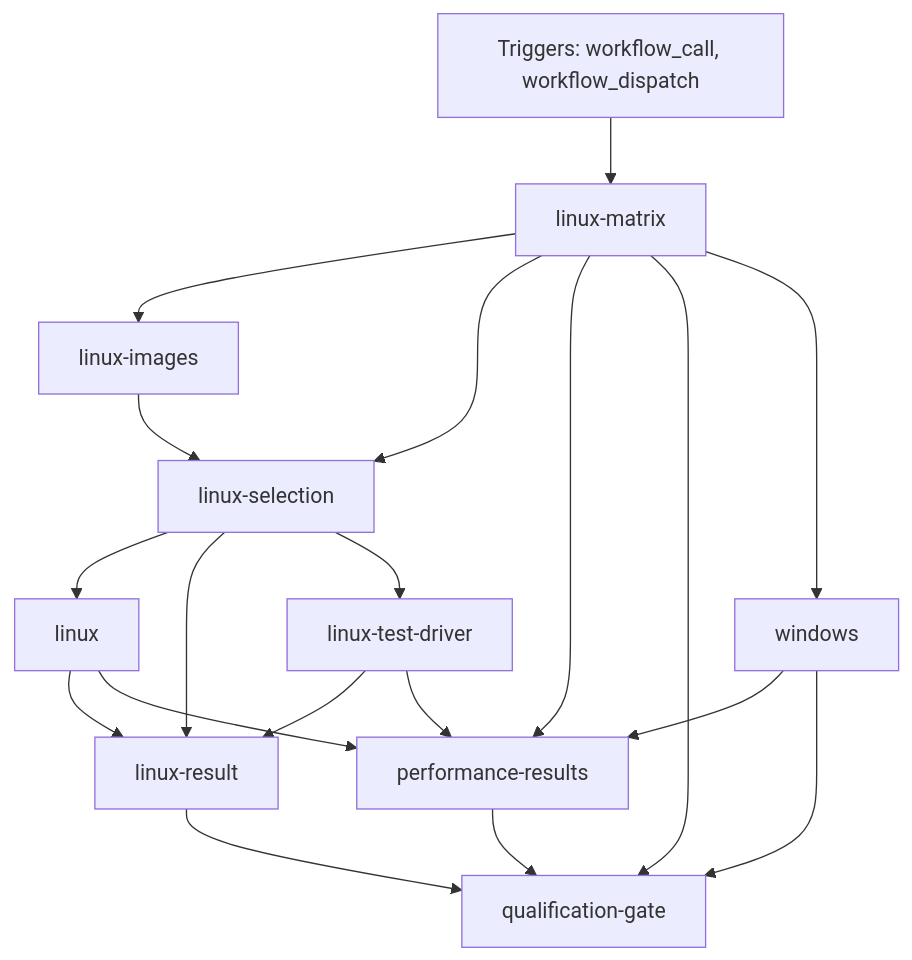
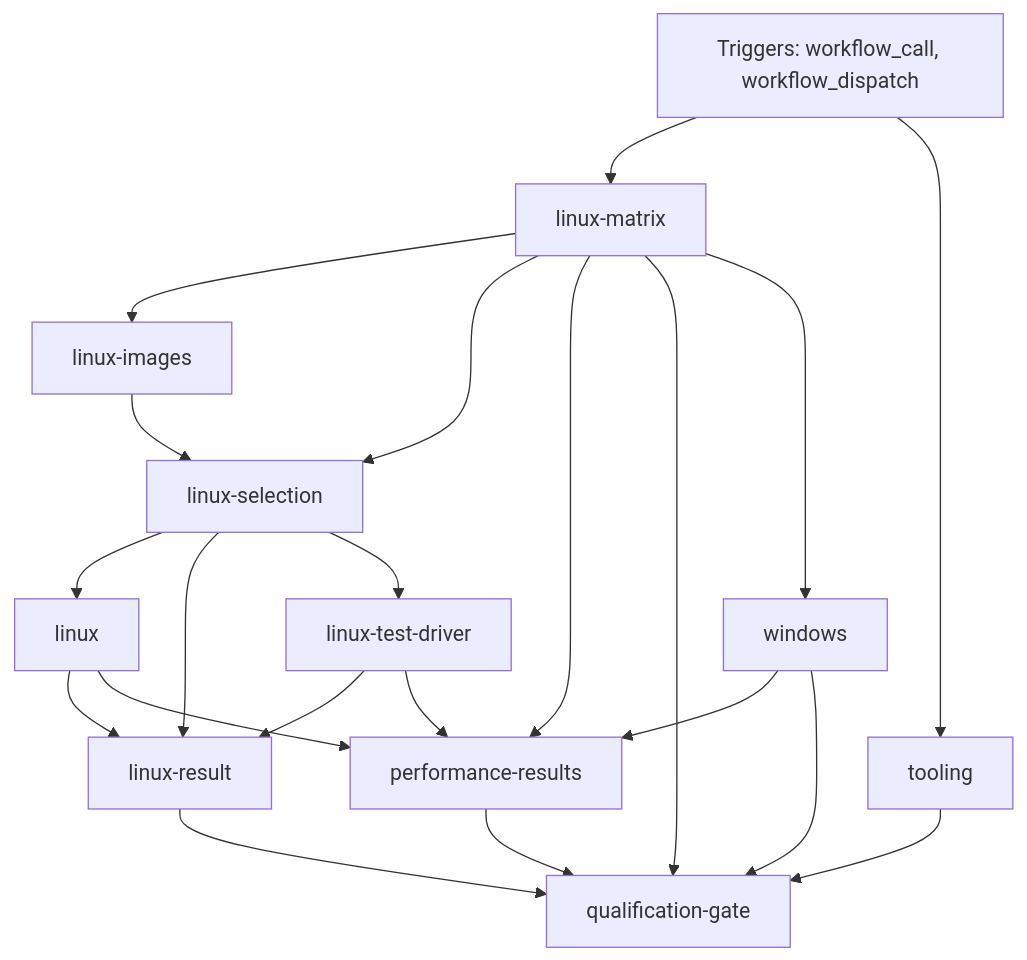
Before and after one commit to FrenchExDev2/QuietCli.PoSh: the second of 2 diagrams in docs/ci/github/script-ci.md, drawn with Mermaid. The commit also changed other lines of this file and 116 other files, not shown here.

```diff
--- a/docs/ci/github/script-ci.md
+++ b/docs/ci/github/script-ci.md
@@ -28,31 +51,34 @@
 ~~~mermaid
 flowchart TD
     event["Triggers: workflow_call, workflow_dispatch"]
     job_linux["linux"]
     job_linux_images["linux-images"]
     job_linux_matrix["linux-matrix"]
     job_linux_result["linux-result"]
     job_linux_selection["linux-selection"]
     job_linux_test_driver["linux-test-driver"]
     job_performance_results["performance-results"]
     job_qualification_gate["qualification-gate"]
+    job_tooling["tooling"]
     job_windows["windows"]
     job_linux_selection --> job_linux
     job_linux_matrix --> job_linux_images
     event --> job_linux_matrix
     job_linux_selection --> job_linux_result
     job_linux --> job_linux_result
     job_linux_test_driver --> job_linux_result
     job_linux_matrix --> job_linux_selection
     job_linux_images --> job_linux_selection
     job_linux_selection --> job_linux_test_driver
     job_linux_matrix --> job_performance_results
     job_windows --> job_performance_results
     job_linux --> job_performance_results
     job_linux_test_driver --> job_performance_results
     job_linux_matrix --> job_qualification_gate
     job_windows --> job_qualification_gate
     job_linux_result --> job_qualification_gate
     job_performance_results --> job_qualification_gate
+    job_tooling --> job_qualification_gate
+    event --> job_tooling
     job_linux_matrix --> job_windows
 ~~~
```
